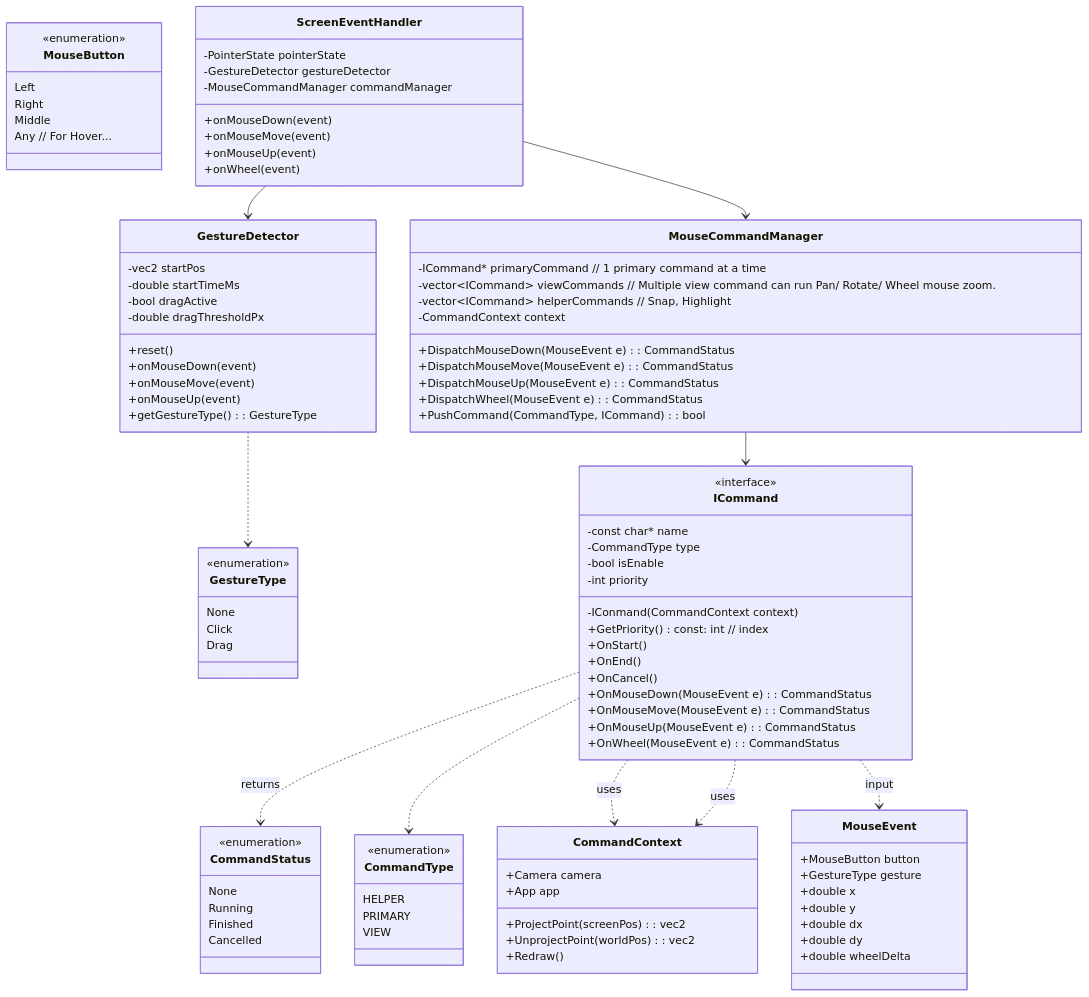
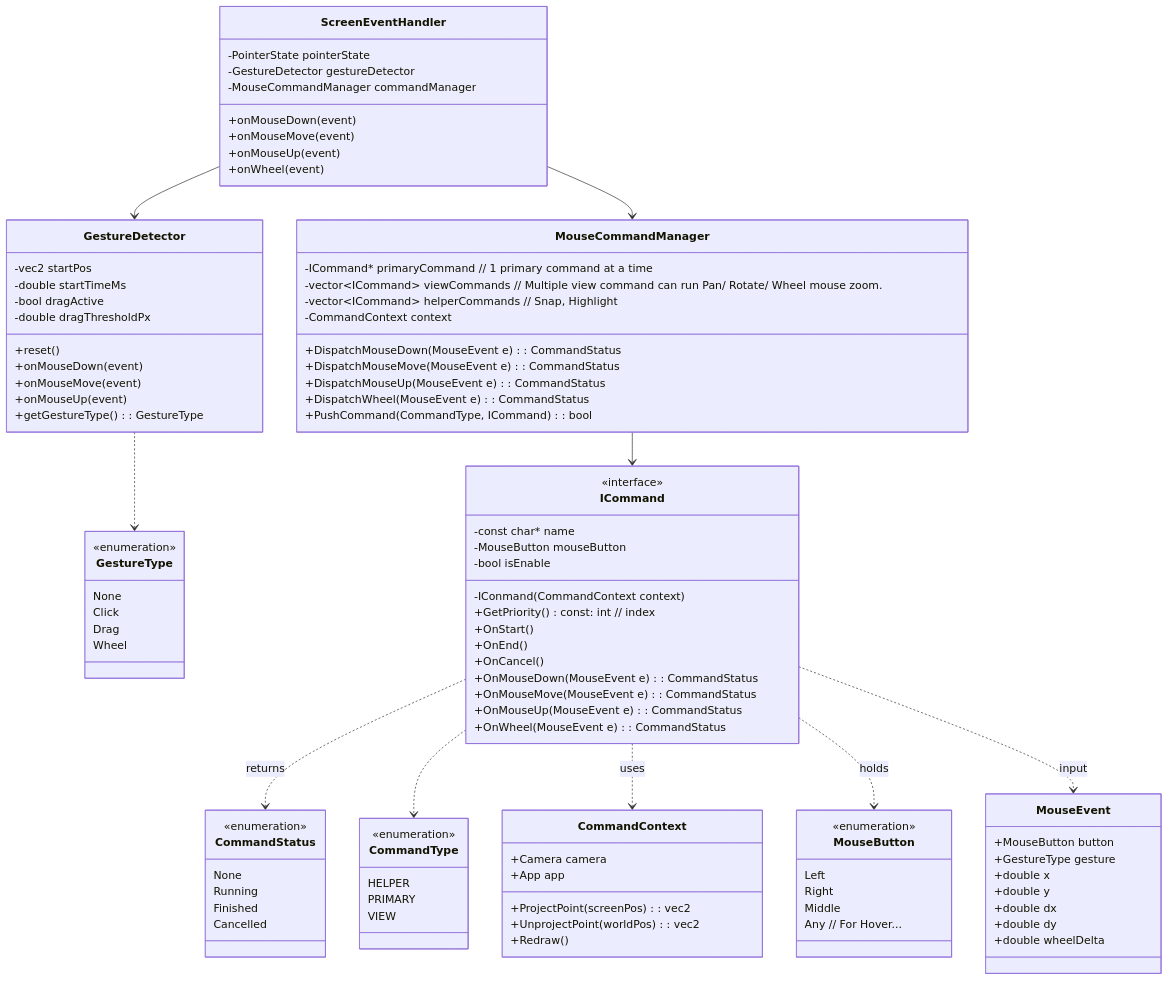
The first of 3 diagrams in Final.md (vfa-khaidt1/vfa-cdn), drawn with Mermaid before and after one commit.

````diff
--- a/Final.md
+++ b/Final.md
@@ -13,6 +13,7 @@
         None
         Click
         Drag
+        Wheel
     }
 
     class CommandType {
@@ -73,9 +74,8 @@
     class ICommand {
         <<interface>>
         -const char* name
-        -CommandType type
+        -MouseButton mouseButton
         -bool isEnable 
-        -int priority
         -IConmand(CommandContext context)
         +GetPriority() const: int // index
         +OnStart()
@@ -110,7 +110,7 @@
     ICommand ..> CommandStatus : returns
     ICommand ..> CommandType
     ICommand ..> CommandContext : uses
-    ICommand ..> CommandContext : uses
+    ICommand ..> MouseButton : holds
     ICommand ..> MouseEvent : input
 
 ```
````
